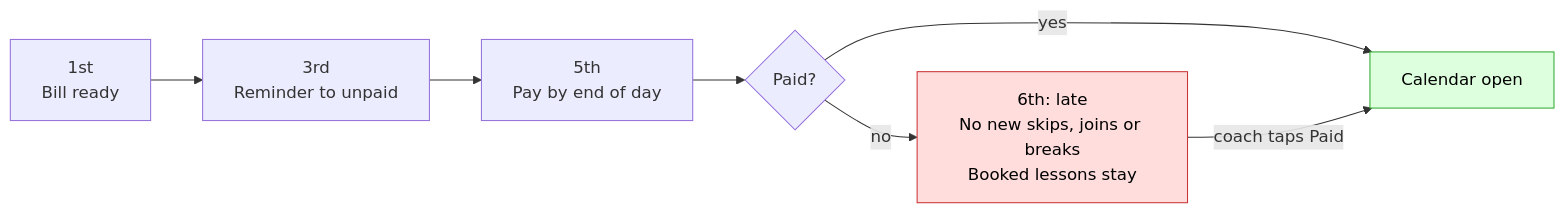
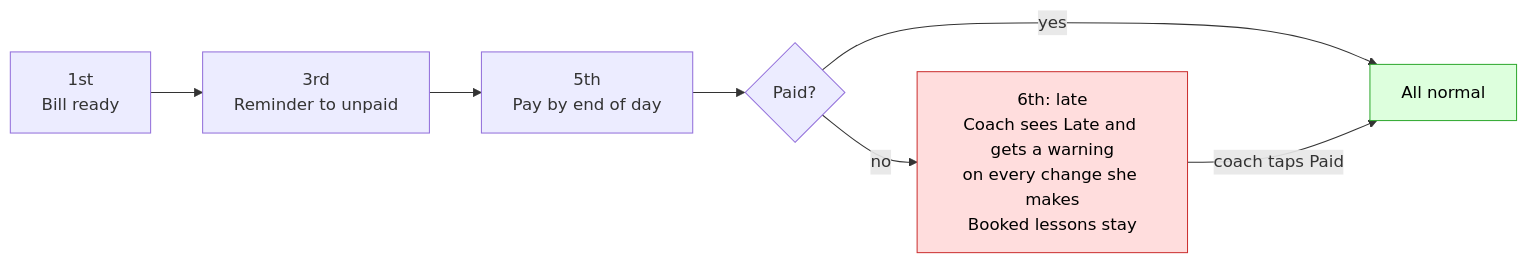
One commit to birdiecrew/birdiecrew.github.io changed the fifth of 5 diagrams in PLAN.md. Above: the diagram before and after it, drawn with Mermaid. The commit also changed other lines of this file and 18 other files, not shown here.

````diff
--- a/PLAN.md
+++ b/PLAN.md
@@ -61,9 +65,9 @@
 ```mermaid
 flowchart LR
   A["1st<br/>Bill ready"] --> B["3rd<br/>Reminder to unpaid"] --> C["5th<br/>Pay by end of day"] --> D{"Paid?"}
-  D -->|yes| E["Calendar open"]
-  D -->|no| F["6th: late<br/>No new skips, joins or breaks<br/>Booked lessons stay"]
+  D -->|yes| E["All normal"]
+  D -->|no| F["6th: late<br/>Coach sees Late and gets a warning<br/>on every change she makes<br/>Booked lessons stay"]
   F -->|"coach taps Paid"| E
   style F fill:#fdd,stroke:#c33,color:#000
   style E fill:#dfd,stroke:#3a3,color:#000
 ```
````
